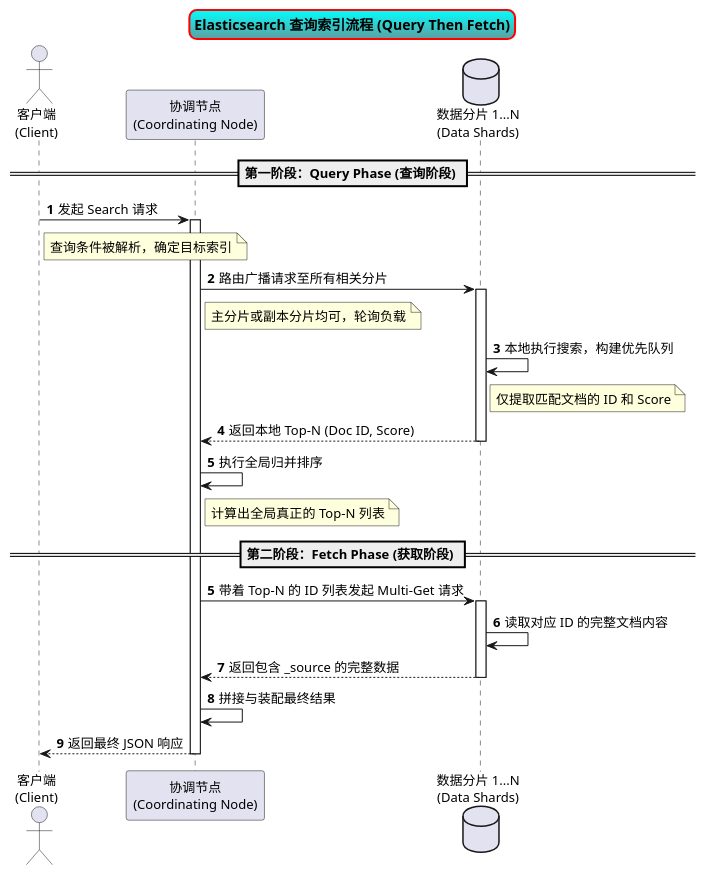
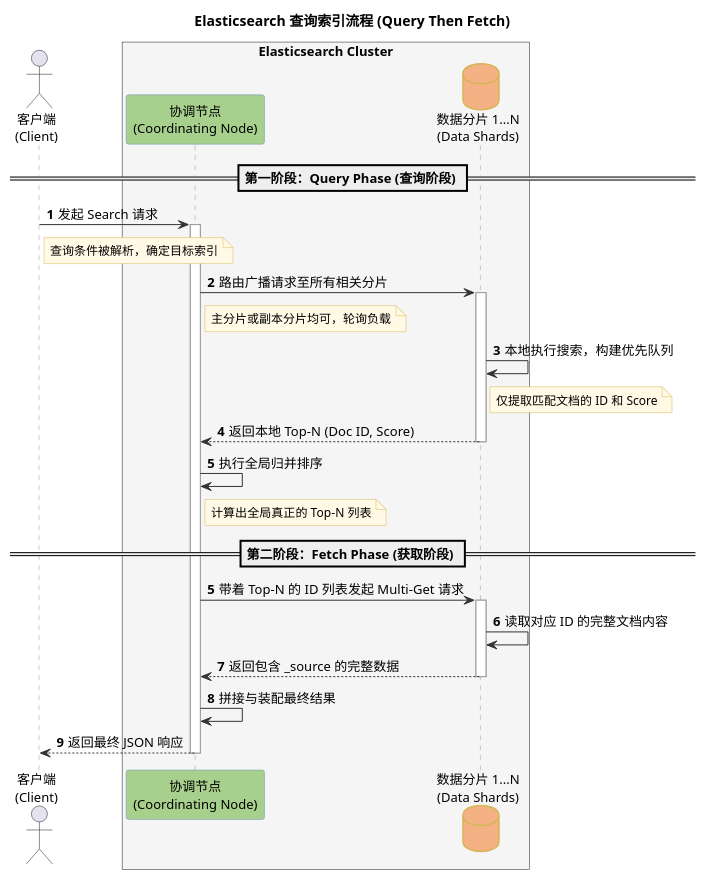
The diagram in elastic/elastic1.md (Lin-Lambert/obisdian), drawn with PlantUML before and after one commit. The commit also changed other lines of this file and 5 other files, not shown here.

Commit message:
调整uml流程图样式

````diff
--- a/elastic/elastic1.md
+++ b/elastic/elastic1.md
@@ -7,52 +7,76 @@
 ```plantuml
 @startuml
-skinparam handwritten false
-skinparam titleBorderRoundCorner 15
-skinparam titleBorderThickness 2
-skinparam titleBorderColor red
-skinparam titleBackgroundColor Aqua-CadetBlue
-skinparam shadowing false
-skinparam DefaultFontName "Microsoft YaHei"
-skinparam DefaultFontSize 13
+skinparam participant {
+  BackgroundColor #dae8fc
+  BorderColor #6c8ebf
+  FontName "Microsoft YaHei"
+  FontSize 13
+}
+skinparam sequence {
+  ArrowColor #333333
+  LifeLineBorderColor #999999
+  GroupBackgroundColor #f5f5f5
+  GroupBorderColor #cccccc
+  DividerBackgroundColor #eeeeee
+}
+skinparam database {
+  BackgroundColor #fff2cc
+  BorderColor #d6b656
+  FontName "Microsoft YaHei"
+  FontSize 13
+}
+skinparam actor {
+  FontName "Microsoft YaHei"
+  FontSize 13
+}
+skinparam note {
+  BackgroundColor #FFF9E6
+  BorderColor #D6B656
+  FontName "Microsoft YaHei"
+  FontSize 12
+}
 
 title Elasticsearch 查询索引流程 (Query Then Fetch)
 
 actor "客户端\n(Client)" as Client
-participant "协调节点\n(Coordinating Node)" as CoordNode
-database "数据分片 1...N\n(Data Shards)" as Shards
+
+box "Elasticsearch Cluster" #F5F5F5
+  participant "协调节点\n(Coordinating Node)" as CoordNode #A8D08D
+  database "数据分片 1...N\n(Data Shards)" as Shards #F4B183
+end box
 
 == 第一阶段：Query Phase (查询阶段) ==
 autonumber 1
 Client -> CoordNode : 发起 Search 请求
 activate CoordNode
 note right of Client: 查询条件被解析，确定目标索引
 
 CoordNode -> Shards : 路由广播请求至所有相关分片
 activate Shards
 note right of CoordNode: 主分片或副本分片均可，轮询负载
 
 Shards -> Shards : 本地执行搜索，构建优先队列
 note right of Shards: 仅提取匹配文档的 ID 和 Score
 
 Shards --> CoordNode : 返回本地 Top-N (Doc ID, Score)
 deactivate Shards
 
 CoordNode -> CoordNode : 执行全局归并排序
 note right of CoordNode: 计算出全局真正的 Top-N 列表
 
 == 第二阶段：Fetch Phase (获取阶段) ==
 autonumber 5
 CoordNode -> Shards : 带着 Top-N 的 ID 列表发起 Multi-Get 请求
 activate Shards
 
 Shards -> Shards : 读取对应 ID 的完整文档内容
 
 Shards --> CoordNode : 返回包含 _source 的完整数据
 deactivate Shards
 
 CoordNode -> CoordNode : 拼接与装配最终结果
 
 CoordNode --> Client : 返回最终 JSON 响应
 deactivate CoordNode
 @enduml
 ```
````
